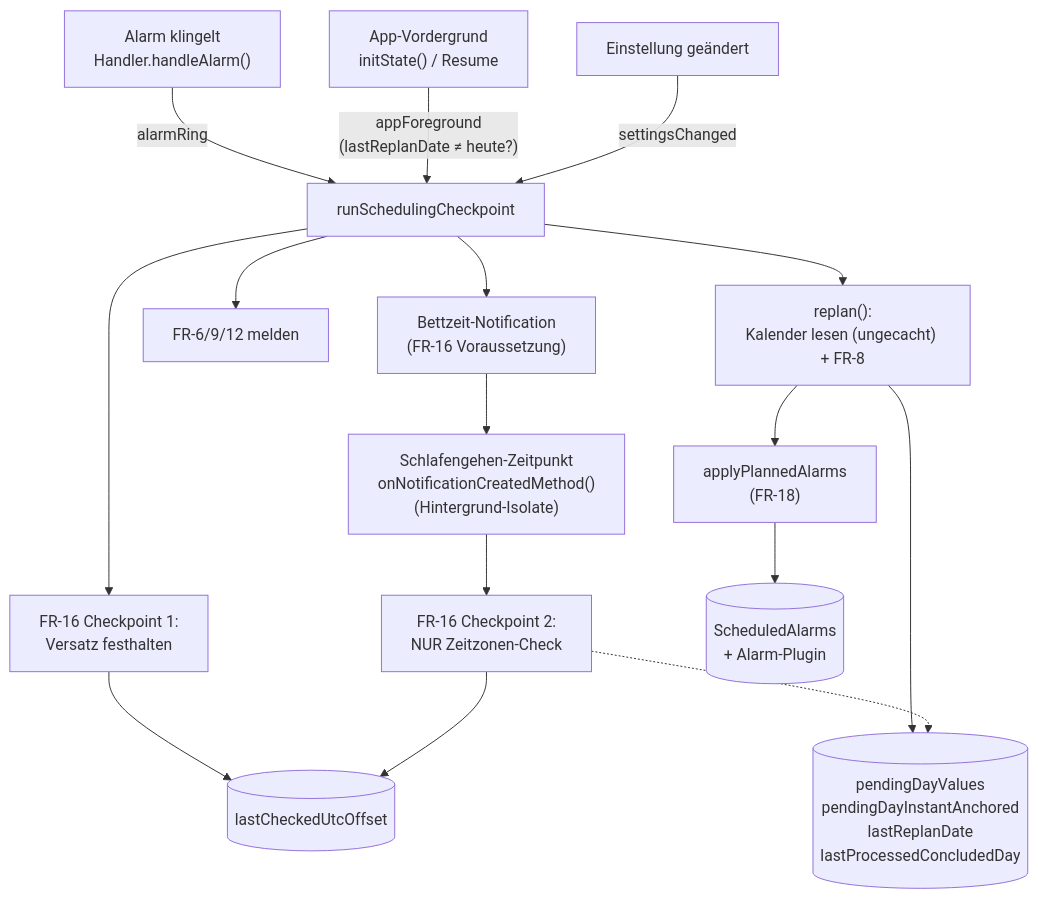
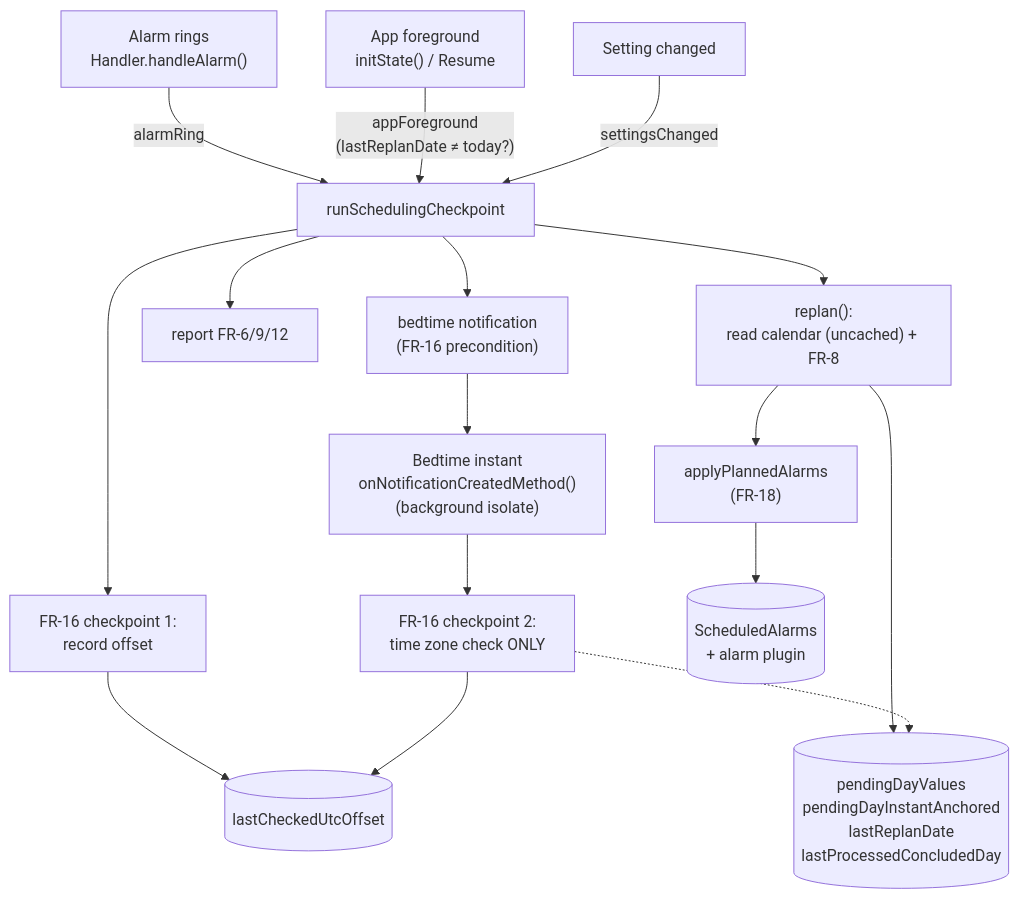
The diagram in docs/scheduling-v2-spec.md (Dam0k1es/crescendo-alarm), drawn with Mermaid before and after one commit. The commit also changed other lines of this file and 62 other files, not shown here.

````diff
--- a/docs/scheduling-v2-spec.md
+++ b/docs/scheduling-v2-spec.md
@@ -620,18 +611,18 @@
 ```mermaid
 flowchart TD
-    A["Alarm klingelt<br/>Handler.handleAlarm()"] -->|alarmRing| RC[runSchedulingCheckpoint]
-    B["App-Vordergrund<br/>initState() / Resume"] -->|"appForeground<br/>(lastReplanDate ≠ heute?)"| RC
-    S["Einstellung geändert"] -->|settingsChanged| RC
-    RC --> TZ["FR-16 Checkpoint 1:<br/>Versatz festhalten"]
-    RC --> RP["replan():<br/>Kalender lesen (ungecacht) + FR-8"]
+    A["Alarm rings<br/>Handler.handleAlarm()"] -->|alarmRing| RC[runSchedulingCheckpoint]
+    B["App foreground<br/>initState() / Resume"] -->|"appForeground<br/>(lastReplanDate ≠ today?)"| RC
+    S["Setting changed"] -->|settingsChanged| RC
+    RC --> TZ["FR-16 checkpoint 1:<br/>record offset"]
+    RC --> RP["replan():<br/>read calendar (uncached) + FR-8"]
     RP --> AP["applyPlannedAlarms<br/>(FR-18)"]
-    RC --> NO["FR-6/9/12 melden"]
-    RC --> SR["Bettzeit-Notification<br/>(FR-16 Voraussetzung)"]
-    C["Schlafengehen-Zeitpunkt<br/>onNotificationCreatedMethod()<br/>(Hintergrund-Isolate)"] --> TZ2["FR-16 Checkpoint 2:<br/>NUR Zeitzonen-Check"]
+    RC --> NO["report FR-6/9/12"]
+    RC --> SR["bedtime notification<br/>(FR-16 precondition)"]
+    C["Bedtime instant<br/>onNotificationCreatedMethod()<br/>(background isolate)"] --> TZ2["FR-16 checkpoint 2:<br/>time zone check ONLY"]
     RP --> PD[(pendingDayValues<br/>pendingDayInstantAnchored<br/>lastReplanDate<br/>lastProcessedConcludedDay)]
-    AP --> AL[(ScheduledAlarms<br/>+ Alarm-Plugin)]
+    AP --> AL[(ScheduledAlarms<br/>+ alarm plugin)]
     SR --> C
     TZ --> OFF[(lastCheckedUtcOffset)]
     TZ2 --> OFF
     TZ2 -.-> PD
 ```
````
